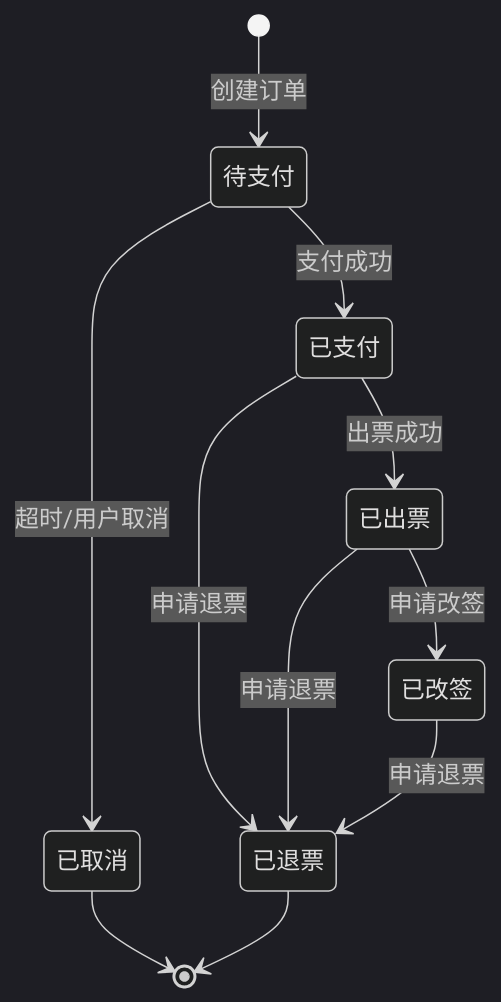
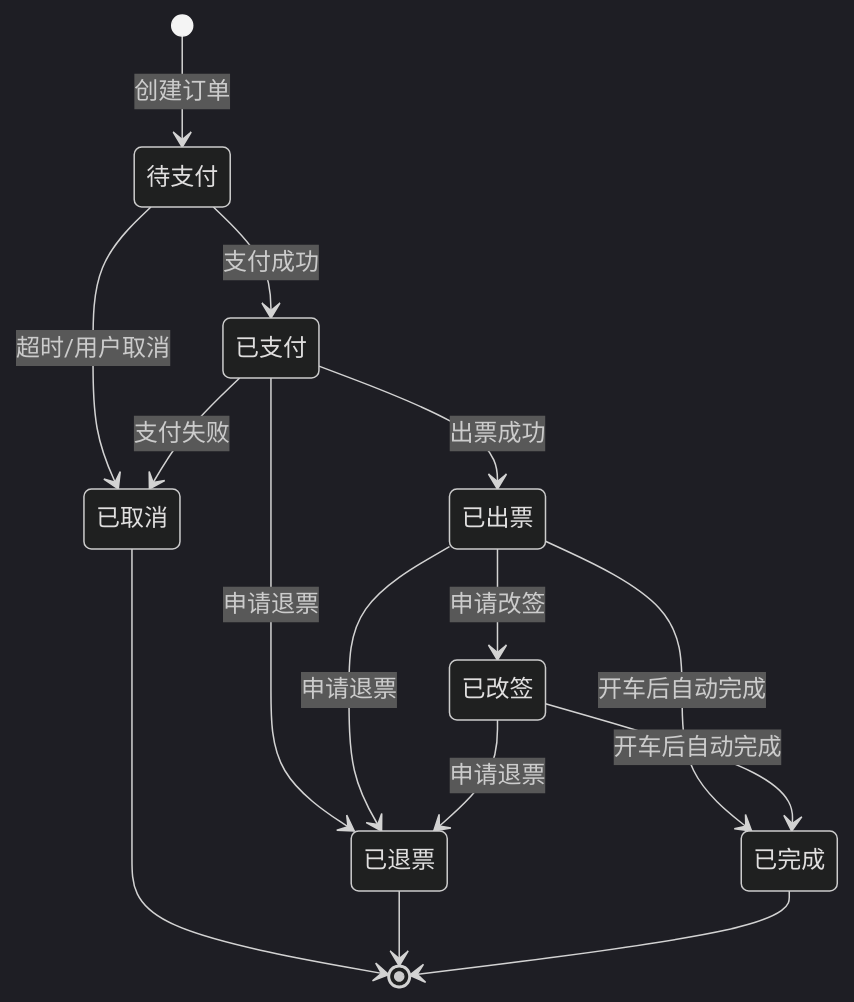
One commit to nextnine/12306 changed the tenth of 14 diagrams in 12306/requirements_analysis_v4.md. Above: the diagram before and after it, drawn with Mermaid (dark theme). The commit also changed other lines of this file, not shown here.

````diff
--- a/12306/requirements_analysis_v4.md
+++ b/12306/requirements_analysis_v4.md
@@ -1621,13 +1013,17 @@
 ```mermaid
 stateDiagram-v2
     [*] --> 待支付: 创建订单
     待支付 --> 已支付: 支付成功
     待支付 --> 已取消: 超时/用户取消
     已支付 --> 已出票: 出票成功
+    已出票 --> 已完成: 开车后自动完成
+    已支付 --> 已取消: 支付失败
     已支付 --> 已退票: 申请退票
     已出票 --> 已退票: 申请退票
     已出票 --> 已改签: 申请改签
+    已改签 --> 已完成: 开车后自动完成
     已改签 --> 已退票: 申请退票
     已取消 --> [*]
     已退票 --> [*]
+    已完成 --> [*]
 ```
````
